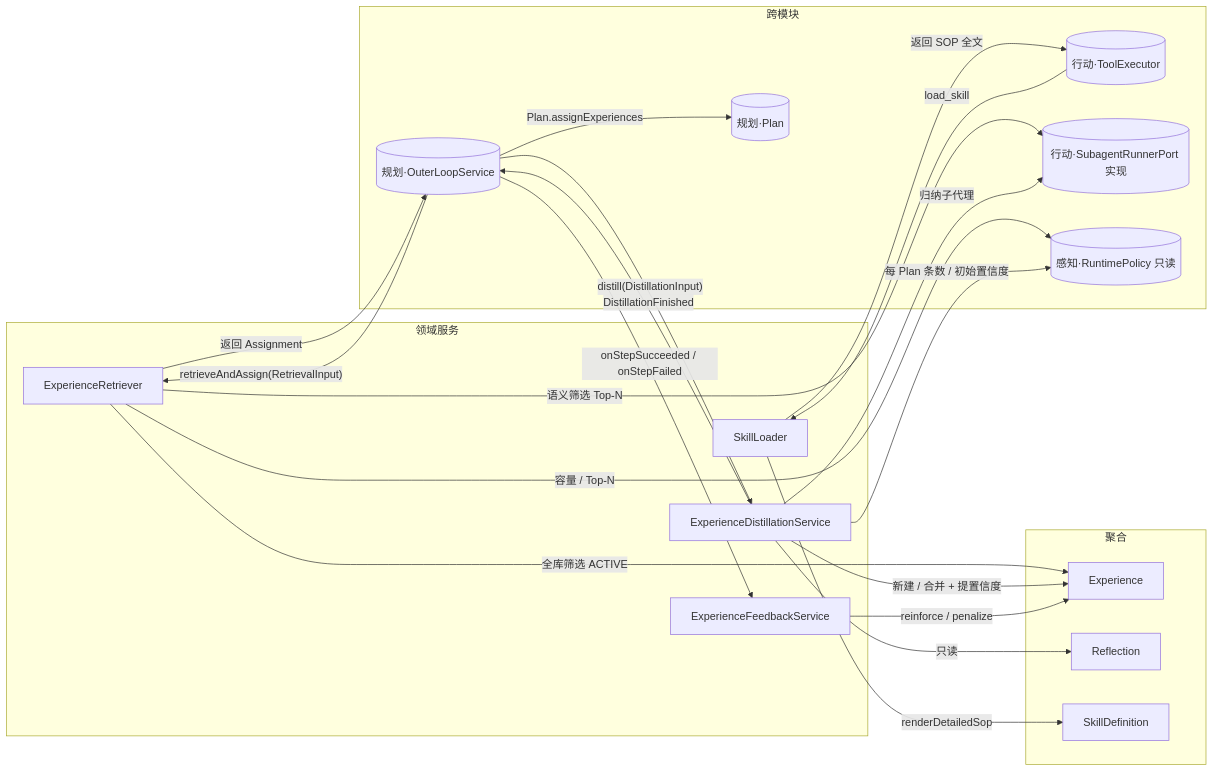
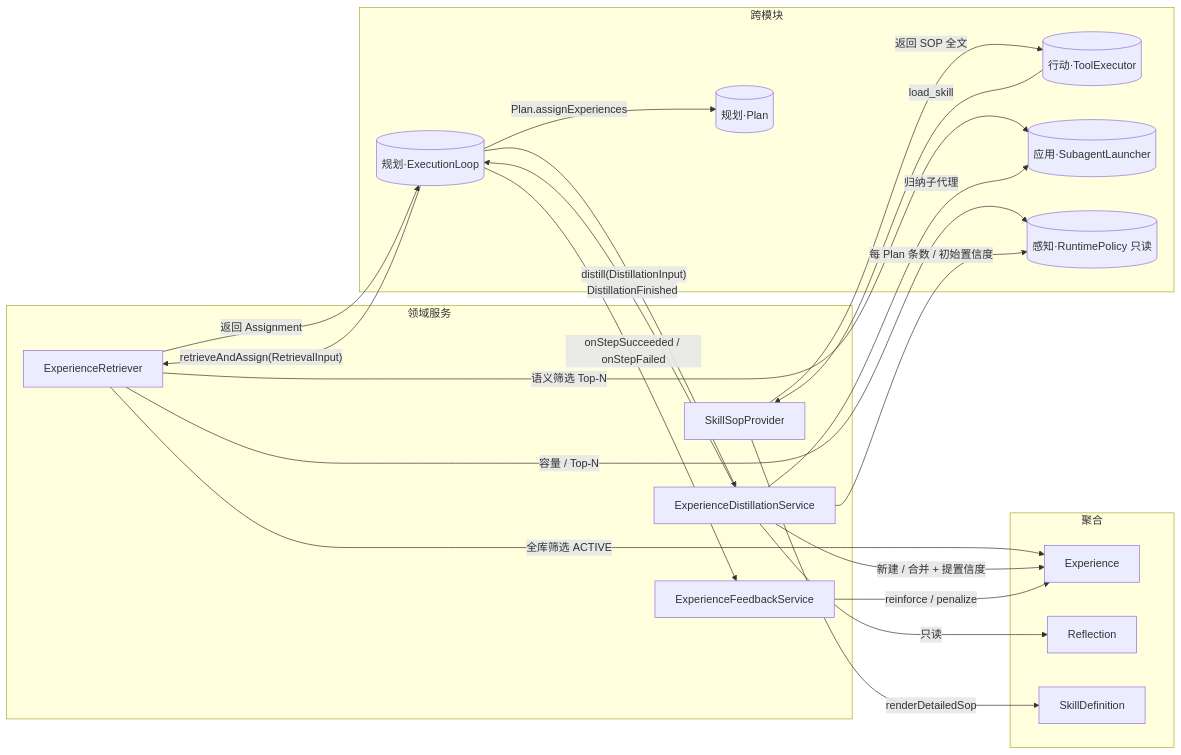
One commit to zcd0831/Jellyfish-Docs changed the second of 6 diagrams in model/模块-记忆.md. Above: the diagram before and after it, drawn with Mermaid. The commit also changed other lines of this file and 9 other files, not shown here.

````diff
--- a/model/模块-记忆.md
+++ b/model/模块-记忆.md
@@ -199,45 +185,45 @@
 ```mermaid
 flowchart LR
     subgraph 领域服务
         R[ExperienceRetriever]
         D[ExperienceDistillationService]
         F[ExperienceFeedbackService]
-        L[SkillLoader]
+        L[SkillSopProvider]
     end
 
     subgraph 聚合
         E[Experience]
         RF[Reflection]
         SK[SkillDefinition]
     end
 
     subgraph 跨模块
-        OL[(规划·OuterLoopService)]
+        OL[(规划·ExecutionLoop)]
         P[(规划·Plan)]
         TE[(行动·ToolExecutor)]
-        SR[(行动·SubagentRunnerPort 实现)]
+        SR[(应用·SubagentLauncher)]
         RP[(感知·RuntimePolicy 只读)]
     end
 
     OL -->|"retrieveAndAssign(RetrievalInput)"| R
     R -->|全库筛选 ACTIVE| E
     R -->|语义筛选 Top-N| SR
     R -->|返回 Assignment| OL
     OL -->|Plan.assignExperiences| P
 
     OL -->|"distill(DistillationInput)"| D
     D -->|只读| RF
     D -->|归纳子代理| SR
     D -->|新建 / 合并 + 提置信度| E
     D -->|DistillationFinished| OL
 
     OL -->|onStepSucceeded / onStepFailed| F
     F -->|reinforce / penalize| E
 
     TE -->|load_skill| L
     L -->|renderDetailedSop| SK
     L -->|返回 SOP 全文| TE
 
     R -->|容量 / Top-N| RP
     D -->|每 Plan 条数 / 初始置信度| RP
 ```
````
